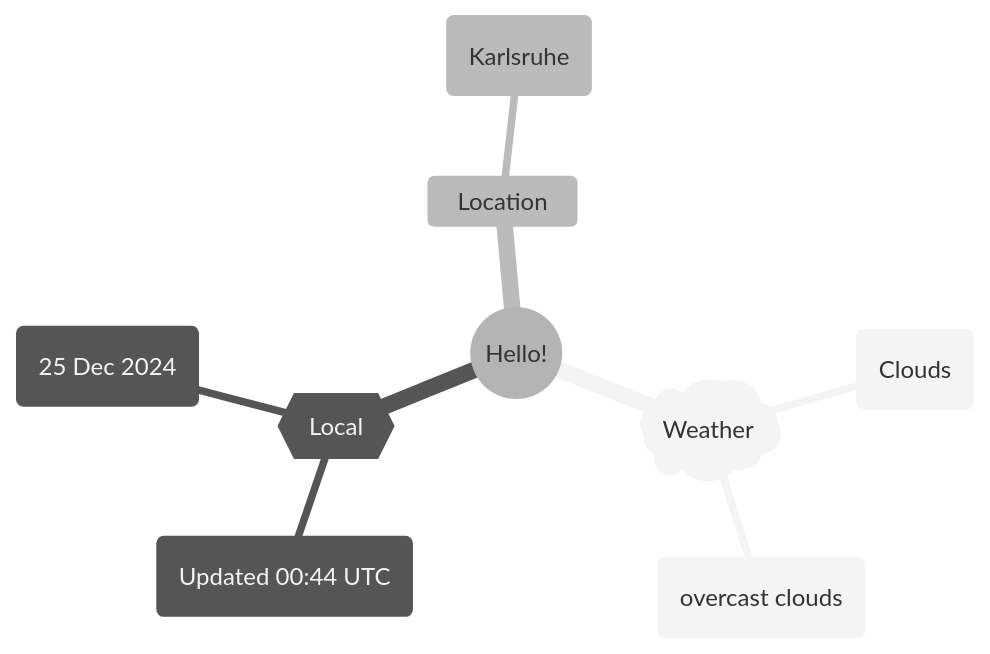
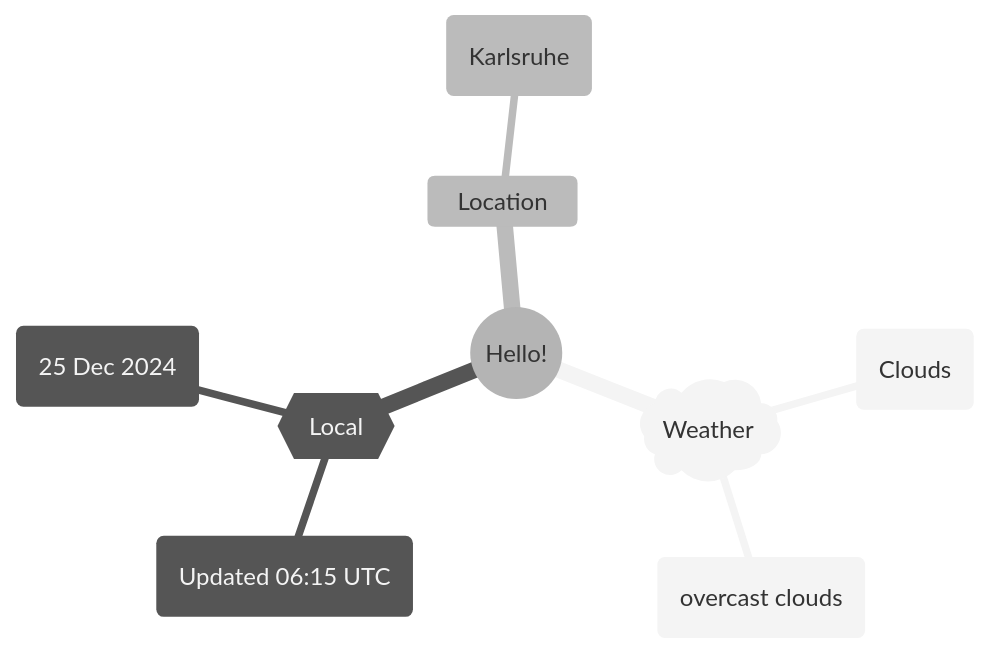
Before and after one commit to Xosrov/Xosrov: the first of 2 diagrams in README.md, drawn with Mermaid (neutral theme).

Commit message:
[bot] updated images

````diff
--- a/README.md
+++ b/README.md
@@ -3,12 +3,12 @@
 ```mermaid
 mindmap
   root((Hello!))
     )Weather(
         (Clouds)
         (overcast clouds)
     {{Local}}
-        (Updated 00:44 UTC)
+        (Updated 06:15 UTC)
         (25 Dec 2024)
     Location
         (Karlsruhe)
 ```
````
